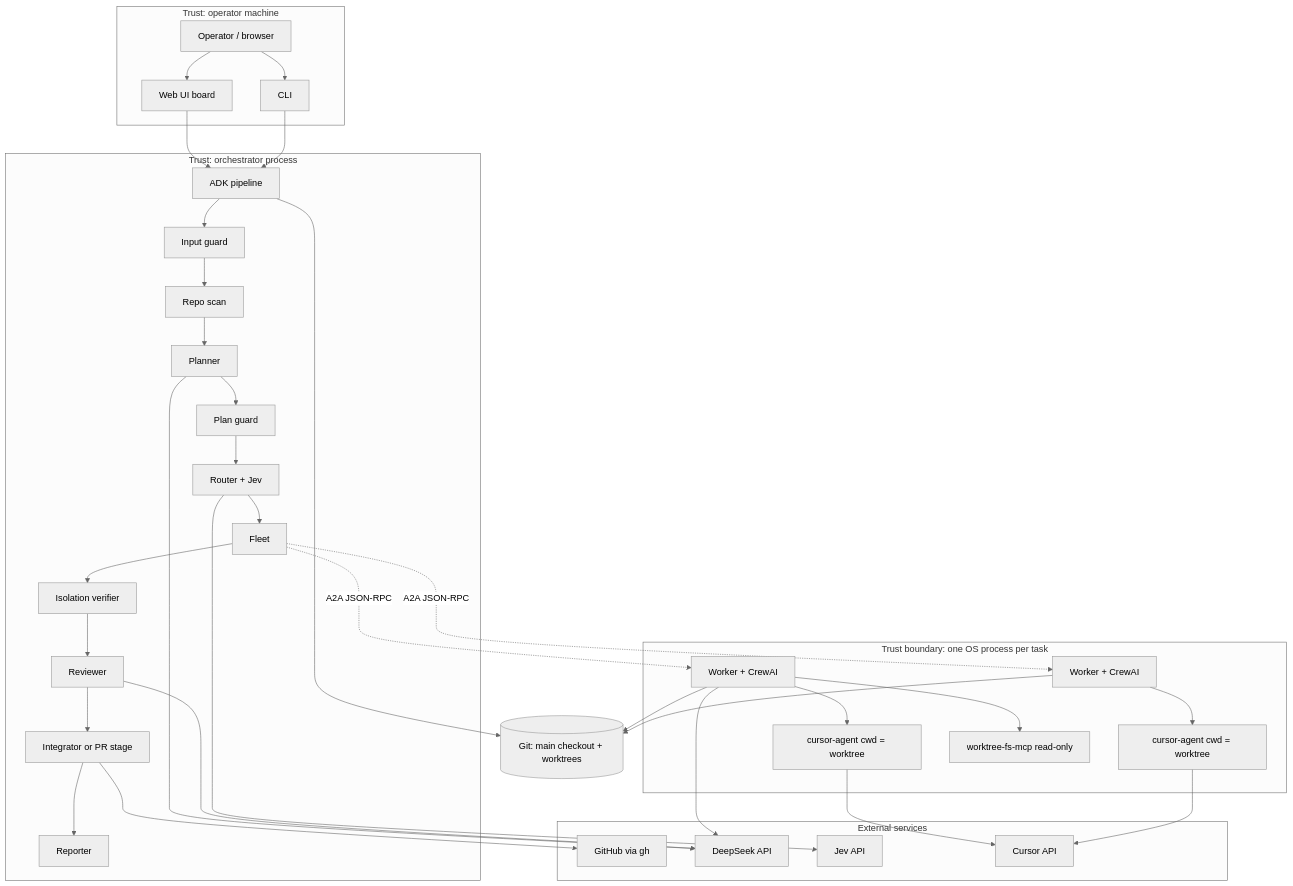
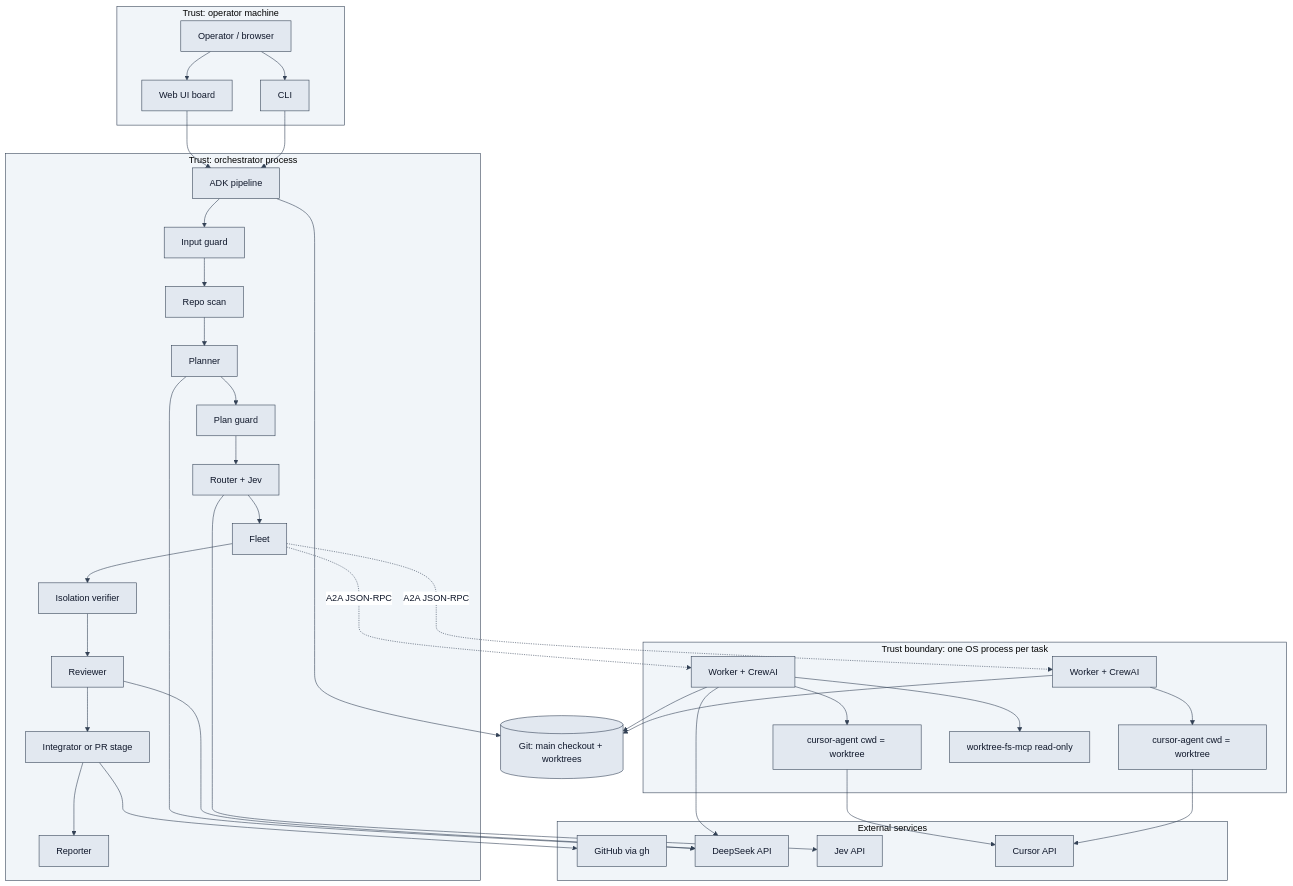
The first of 5 diagrams in README.md (AmartyaKumar11/TreeFleet), drawn with Mermaid before and after one commit. The commit also changed other lines of this file and 10 other files, not shown here.

Commit message:
docs: improve diagram contrast and drop AO comparison from README.

````diff
--- a/README.md
+++ b/README.md
@@ -67,61 +67,61 @@
 ```mermaid
-%%{init: {'theme': 'neutral'}}%%
+%%{init: {'theme': 'base', 'themeVariables': {'background': '#ffffff', 'primaryColor': '#e2e8f0', 'primaryTextColor': '#0f172a', 'primaryBorderColor': '#334155', 'lineColor': '#334155', 'secondaryColor': '#f1f5f9', 'tertiaryColor': '#ffffff', 'clusterBkg': '#f1f5f9', 'clusterBorder': '#334155', 'edgeLabelBackground': '#ffffff', 'signalColor': '#334155', 'actorBorder': '#334155'}}}%%
 flowchart TB
   subgraph user_trust["Trust: operator machine"]
     U[Operator / browser]
     CLI[CLI]
     UI[Web UI board]
   end
 
   subgraph orch_trust["Trust: orchestrator process"]
     ORCH[ADK pipeline]
     G1[Input guard]
     RS[Repo scan]
     PL[Planner]
     PG[Plan guard]
     RT[Router + Jev]
     FL[Fleet]
     VF[Isolation verifier]
     RV[Reviewer]
     IG[Integrator or PR stage]
     RP[Reporter]
     ORCH --> G1 --> RS --> PL --> PG --> RT --> FL --> VF --> RV --> IG --> RP
   end
 
   subgraph worker_trust["Trust boundary: one OS process per task"]
     W1[Worker + CrewAI]
     W2[Worker + CrewAI]
     CU1[cursor-agent cwd = worktree]
     CU2[cursor-agent cwd = worktree]
     MCP1[worktree-fs-mcp read-only]
     W1 --> MCP1
     W1 --> CU1
     W2 --> CU2
   end
 
   subgraph external["External services"]
     GH[GitHub via gh]
     DS[DeepSeek API]
     JV[Jev API]
     CR[Cursor API]
   end
 
   GIT[(Git: main checkout + worktrees)]
 
   U --> UI
   U --> CLI
   UI --> ORCH
   CLI --> ORCH
   FL -. A2A JSON-RPC .-> W1
   FL -. A2A JSON-RPC .-> W2
   ORCH --> GIT
   W1 --> GIT
   W2 --> GIT
   IG --> GH
   PL --> DS
   RV --> DS
   W1 --> DS
   RT --> JV
   CU1 --> CR
   CU2 --> CR
 ```
````
